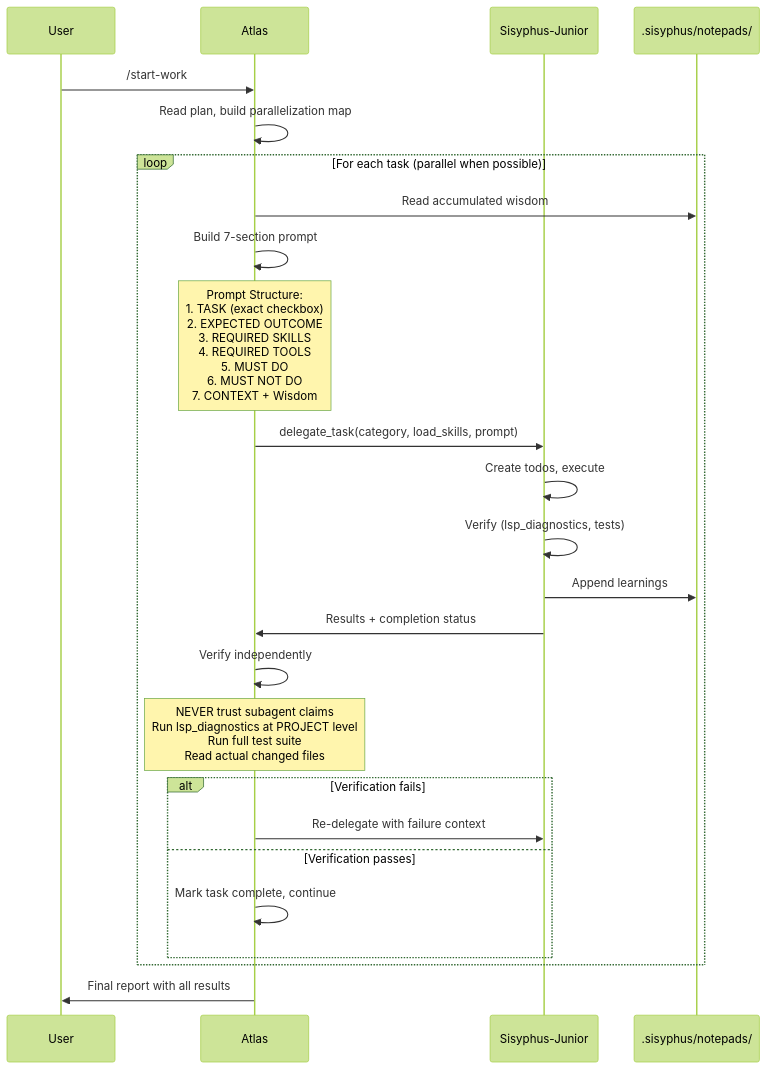
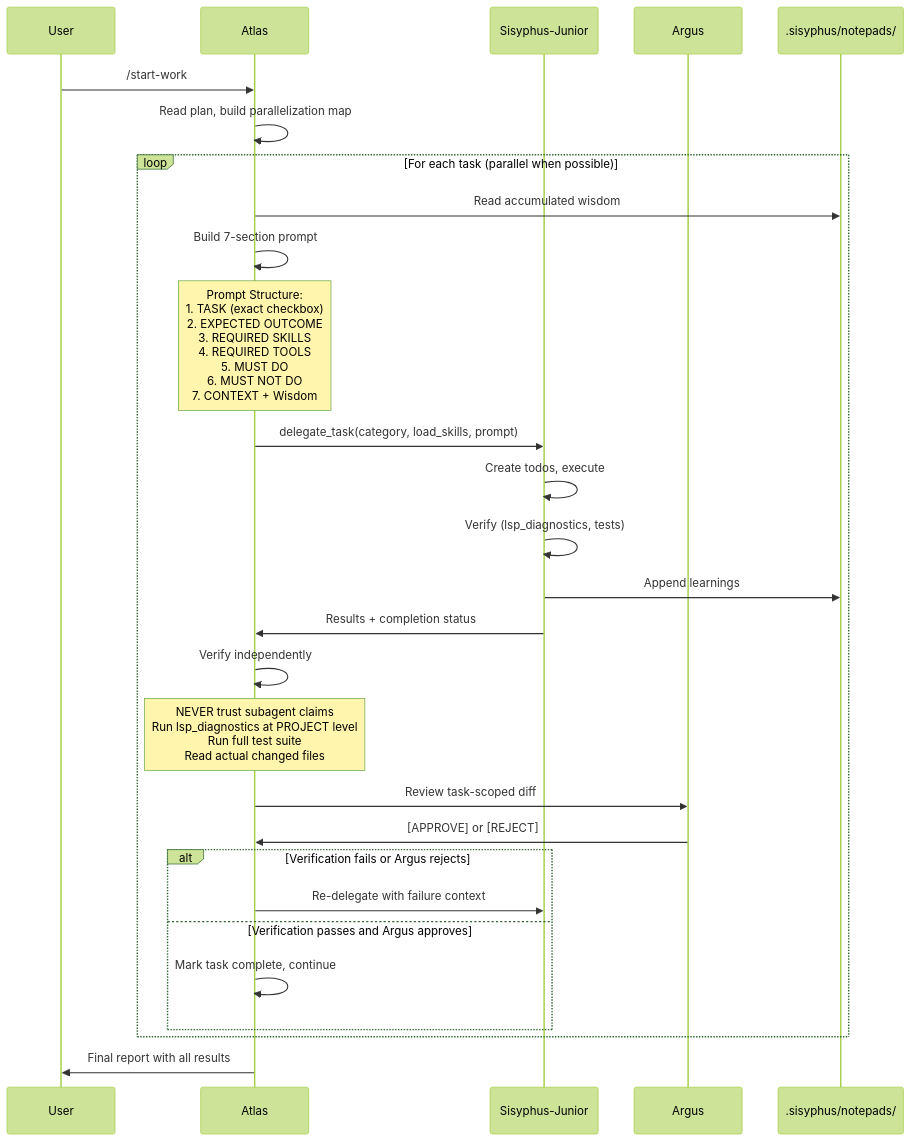
The fourth of 4 diagrams in docs/guide/understanding-orchestration-system.md (waycodes/oh-my-opencode), drawn with Mermaid (forest theme) before and after one commit. The commit also changed other lines of this file and 1 other file, not shown here.

````diff
--- a/docs/guide/understanding-orchestration-system.md
+++ b/docs/guide/understanding-orchestration-system.md
@@ -352,35 +357,39 @@
 ```mermaid
 sequenceDiagram
     participant User
     participant Orchestrator as Atlas
     participant Junior as Sisyphus-Junior
+    participant Argus as Argus
     participant Notepad as .sisyphus/notepads/
     
     User->>Orchestrator: /start-work
     Orchestrator->>Orchestrator: Read plan, build parallelization map
     
     loop For each task (parallel when possible)
         Orchestrator->>Notepad: Read accumulated wisdom
         Orchestrator->>Orchestrator: Build 7-section prompt
         
         Note over Orchestrator: Prompt Structure:<br/>1. TASK (exact checkbox)<br/>2. EXPECTED OUTCOME<br/>3. REQUIRED SKILLS<br/>4. REQUIRED TOOLS<br/>5. MUST DO<br/>6. MUST NOT DO<br/>7. CONTEXT + Wisdom
         
         Orchestrator->>Junior: delegate_task(category, load_skills, prompt)
         
         Junior->>Junior: Create todos, execute
         Junior->>Junior: Verify (lsp_diagnostics, tests)
         Junior->>Notepad: Append learnings
         Junior->>Orchestrator: Results + completion status
         
         Orchestrator->>Orchestrator: Verify independently
         Note over Orchestrator: NEVER trust subagent claims<br/>Run lsp_diagnostics at PROJECT level<br/>Run full test suite<br/>Read actual changed files
         
-        alt Verification fails
+        Orchestrator->>Argus: Review task-scoped diff
+        Argus->>Orchestrator: [APPROVE] or [REJECT]
+        
+        alt Verification fails or Argus rejects
             Orchestrator->>Junior: Re-delegate with failure context
-        else Verification passes
+        else Verification passes and Argus approves
             Orchestrator->>Orchestrator: Mark task complete, continue
         end
     end
     
     Orchestrator->>User: Final report with all results
 ```
````
